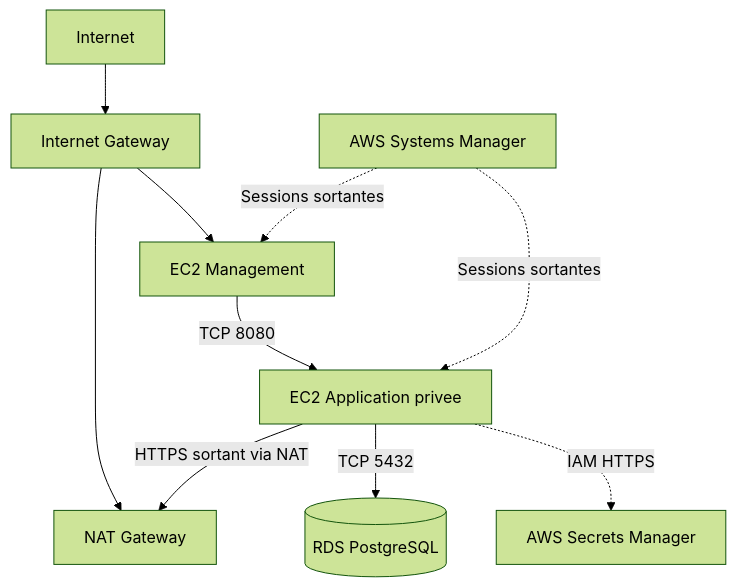
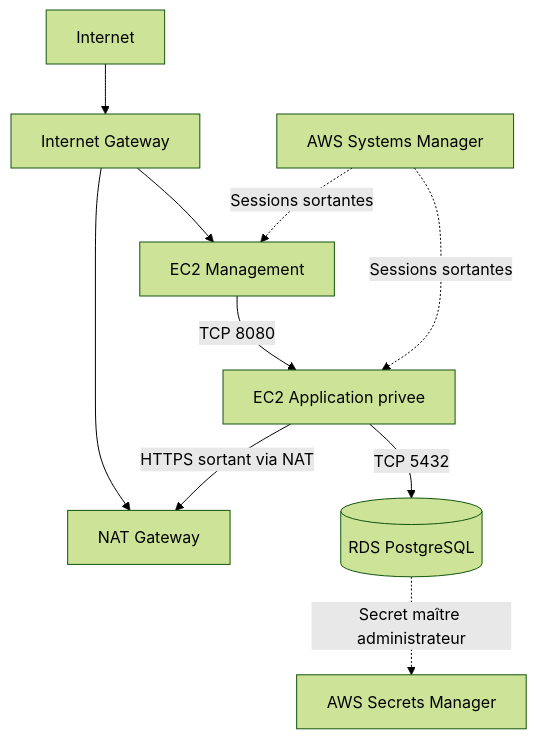
The diagram in docs/architecture.md (samichapelle/ironhaven-aws-infrastructure), drawn with Mermaid (forest theme) before and after one commit. The commit also changed other lines of this file and 6 other files, not shown here.

````diff
--- a/docs/architecture.md
+++ b/docs/architecture.md
@@ -20,21 +20,21 @@
 ```mermaid
 flowchart TD
     Internet[Internet]
     IGW[Internet Gateway]
     NAT[NAT Gateway]
     MGMT[EC2 Management]
     APP[EC2 Application privee]
     RDS[(RDS PostgreSQL)]
     SM[AWS Secrets Manager]
     SSM[AWS Systems Manager]
 
     Internet --> IGW
     IGW --> MGMT
     IGW --> NAT
     APP -->|HTTPS sortant via NAT| NAT
     MGMT -->|TCP 8080| APP
     APP -->|TCP 5432| RDS
-    APP -.->|IAM HTTPS| SM
+    RDS -.->|Secret maître administrateur| SM
     SSM -.->|Sessions sortantes| APP
     SSM -.->|Sessions sortantes| MGMT
 ```
````
